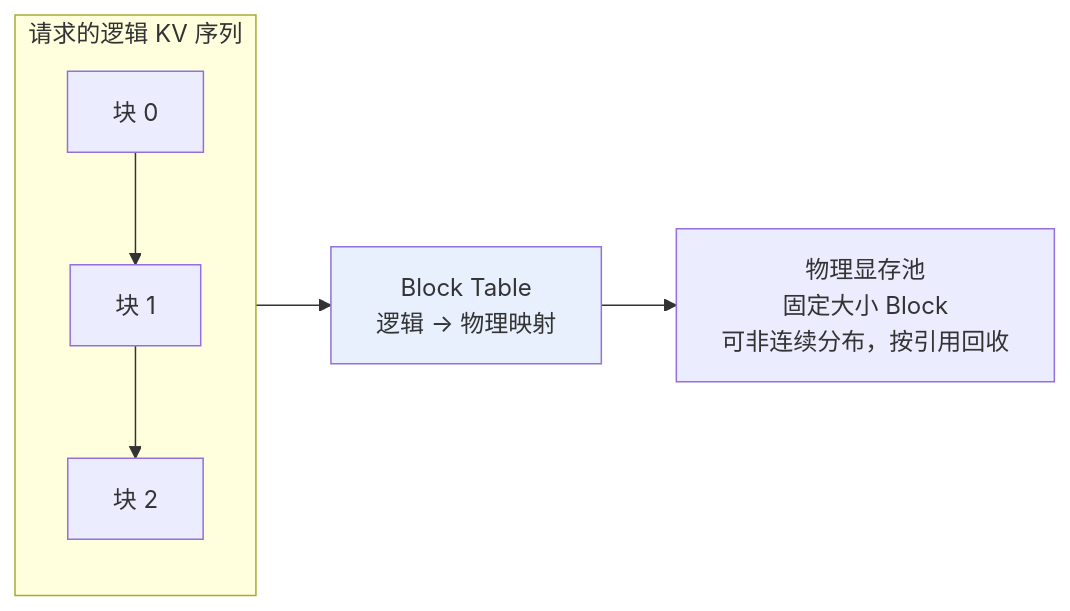
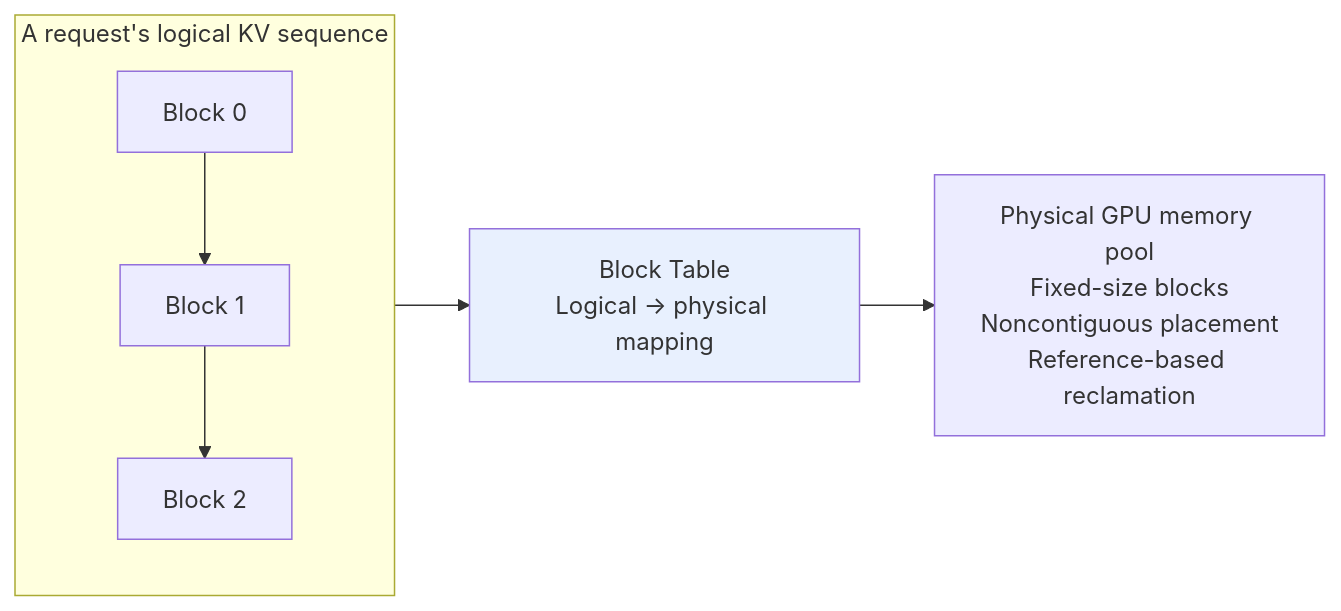
Before and after one commit to oneleaveknowsthefall/awesome-ai-roadmap: the first of 2 diagrams in docs/llm/03-inference-serving/20-deployment-frameworks.md, drawn with Mermaid. The commit also changed other lines of this file and 92 other files, not shown here.

````diff
--- a/docs/llm/03-inference-serving/20-deployment-frameworks.md
+++ b/docs/llm/03-inference-serving/20-deployment-frameworks.md
@@ -33,10 +33,10 @@
 ```mermaid
 flowchart LR
-    subgraph L["请求的逻辑 KV 序列"]
-        A1["块 0"] --> A2["块 1"] --> A3["块 2"]
+    subgraph L["A request's logical KV sequence"]
+        A1["Block 0"] --> A2["Block 1"] --> A3["Block 2"]
     end
-    L --> BT["Block Table<br/>逻辑 → 物理映射"]
-    BT --> P["物理显存池<br/>固定大小 Block<br/>可非连续分布，按引用回收"]
+    L --> BT["Block Table<br/>Logical → physical mapping"]
+    BT --> P["Physical GPU memory pool<br/>Fixed-size blocks<br/>Noncontiguous placement<br/>Reference-based reclamation"]
 
     style BT fill:#e8f0fe
 ```
````
